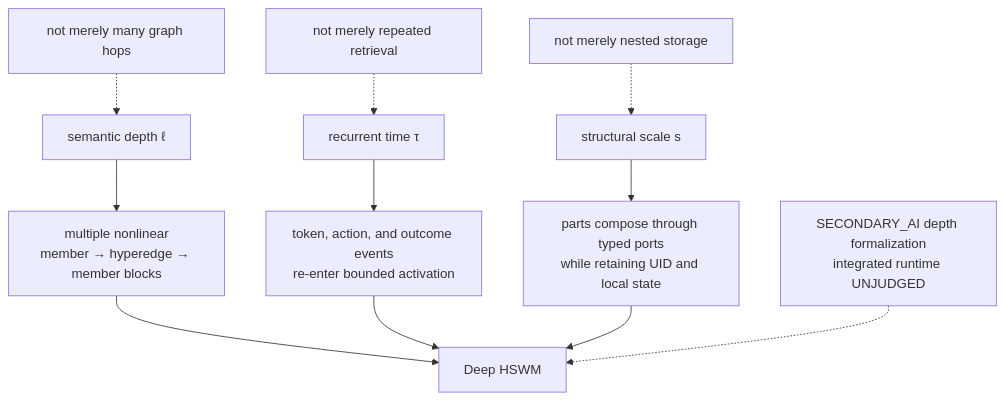
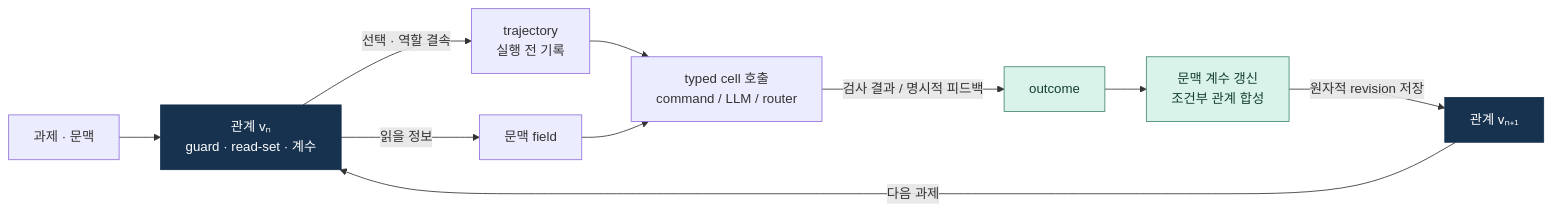
One commit to gj3447/HSWM changed the first of 2 diagrams in README.md. Above: the diagram before and after it, drawn with Mermaid. The commit also changed other lines of this file, not shown here.

Commit message:
docs: refresh README around graph execution and development use

````diff
--- a/README.md
+++ b/README.md
@@ -261,25 +42,17 @@
 ```mermaid
-flowchart TB
-  DEEP["Deep HSWM"]
+flowchart LR
+  T["과제 · 문맥"] --> R["관계 vₙ<br/>guard · read-set · 계수"]
+  R -->|"읽을 정보"| I["문맥 field"]
+  R -->|"선택 · 역할 결속"| X["trajectory<br/>실행 전 기록"]
+  X --> C["typed cell 호출<br/>command / LLM / router"]
+  I --> C
+  C -->|"검사 결과 / 명시적 피드백"| O["outcome"]
+  O --> L["문맥 계수 갱신<br/>조건부 관계 합성"]
+  L -->|"원자적 revision 저장"| N["관계 vₙ₊₁"]
+  N -->|"다음 과제"| R
 
-  L["semantic depth ℓ"]
-  T["recurrent time τ"]
-  S["structural scale s"]
-
-  LB["multiple nonlinear<br/>member → hyperedge → member blocks"]
-  TB["token, action, and outcome events<br/>re-enter bounded activation"]
-  SB["parts compose through typed ports<br/>while retaining UID and local state"]
-
-  L --> LB
-  T --> TB
-  S --> SB
-
-  LB --> DEEP
-  TB --> DEEP
-  SB --> DEEP
-
-  NOTL["not merely many graph hops"] -.-> L
-  NOTT["not merely repeated retrieval"] -.-> T
-  NOTS["not merely nested storage"] -.-> S
-  STATUSD["SECONDARY_AI depth formalization<br/>integrated runtime UNJUDGED"] -.-> DEEP
+  classDef state fill:#16324f,color:#fff,stroke:#16324f
+  classDef learning fill:#d9f3ea,color:#153f34,stroke:#448773
+  class R,N state
+  class O,L learning
 ```
````
